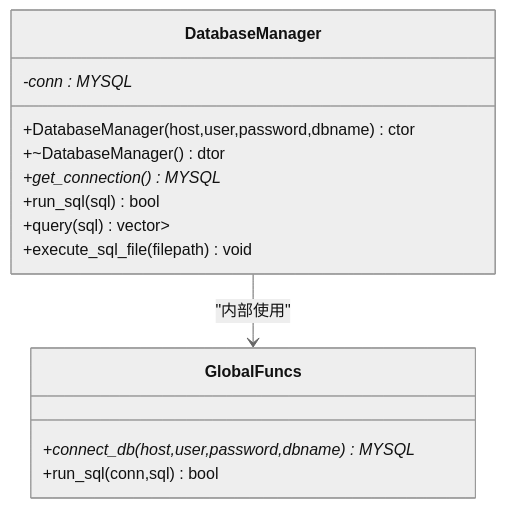
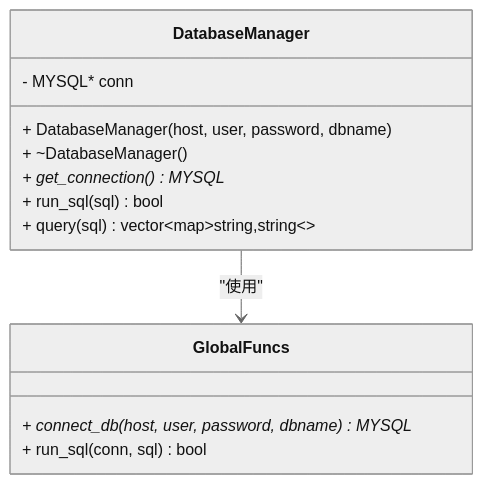
Before and after one commit to jinpeng900/OJ-Test: the third of 9 diagrams in .qoder/repowiki/zh/content/开发指南.md, drawn with Mermaid (neutral theme). The commit also changed other lines of this file and 65 other files, not shown here.

````diff
--- a/.qoder/repowiki/zh/content/开发指南.md
+++ b/.qoder/repowiki/zh/content/开发指南.md
@@ -209,17 +147,16 @@
 ```mermaid
 classDiagram
 class DatabaseManager {
--conn : MYSQL*
-+DatabaseManager(host,user,password,dbname) ctor
-+~DatabaseManager() dtor
-+get_connection() MYSQL*
-+run_sql(sql) bool
-+query(sql) vector<map<string,string>>
-+execute_sql_file(filepath) void
+- MYSQL* conn
++ DatabaseManager(host, user, password, dbname)
++ ~DatabaseManager()
++ get_connection() MYSQL*
++ run_sql(sql) bool
++ query(sql) vector~map~string,string~~
 }
 class GlobalFuncs {
-+connect_db(host,user,password,dbname) MYSQL*
-+run_sql(conn,sql) bool
++ connect_db(host, user, password, dbname) MYSQL*
++ run_sql(conn, sql) bool
 }
-DatabaseManager --> GlobalFuncs : "内部使用"
+DatabaseManager --> GlobalFuncs : "使用"
 ```
````
